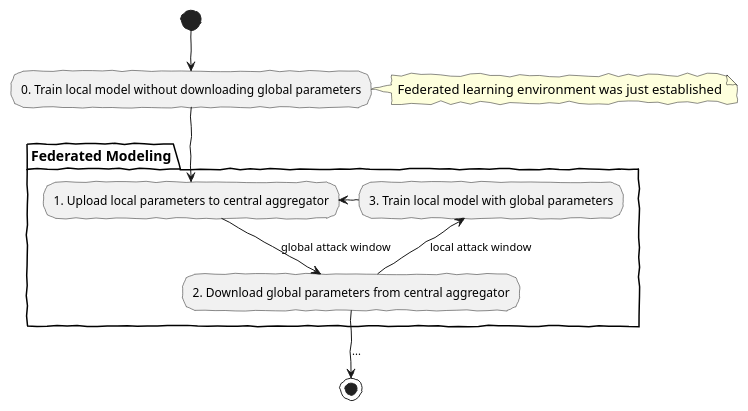
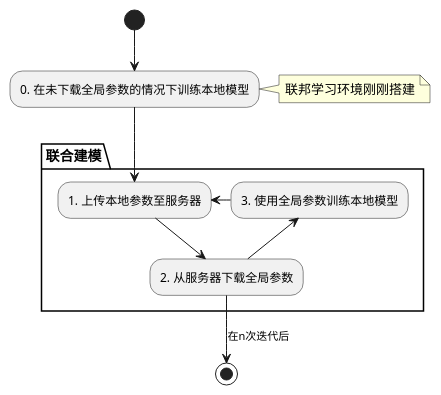
One commit to gongzhimin/Membership-Inference-Attack-in-Federated-Learning changed the diagram in report/imgs/participant-activities.puml. Above: the diagram before and after it, drawn with PlantUML. The commit also changed 8 other files, not shown here.

```diff
--- a/report/imgs/participant-activities.puml
+++ b/report/imgs/participant-activities.puml
@@ -1,14 +1,26 @@
 @startuml participant-activities
-skinparam handwritten true
-(*) --> "0. Train local model without downloading global parameters" as node1
-note right: Federated learning environment was just established
+' skinparam handwritten true
+' (*) --> "0. Train local model without downloading global parameters" as node1
+' note right: Federated learning environment was just established
 
-partition "Federated Modeling"
-node1 --> "1. Upload local parameters to central aggregator" as node2
-node2 -right->[global attack window] "2. Download global parameters from central aggregator" as node3
-node3 -up->[local attack window] "3. Train local model with global parameters" as node4
+' partition "Federated Modeling"
+' node1 --> "1. Upload local parameters to central aggregator" as node2
+' node2 -right->[global attack window] "2. Download global parameters from central aggregator" as node3
+' node3 -up->[local attack window] "3. Train local model with global parameters" as node4
+' node4 -left-> node2
+' end partition
+
+' node3 -down->[after n iterations] (*)
+
+(*) --> "0. 在未下载全局参数的情况下训练本地模型" as node1
+note right: 联邦学习环境刚刚搭建
+
+partition "联合建模"
+node1 --> "1. 上传本地参数至服务器" as node2
+node2 -right-> "2. 从服务器下载全局参数" as node3
+node3 -up-> "3. 使用全局参数训练本地模型" as node4
 node4 -left-> node2
 end partition
 
-node3 -down->[...] (*)
+node3 -down->[在n次迭代后] (*)
 @enduml
```
